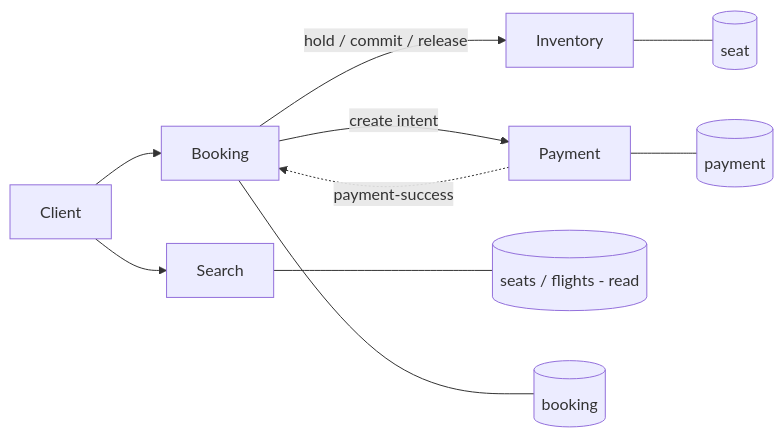
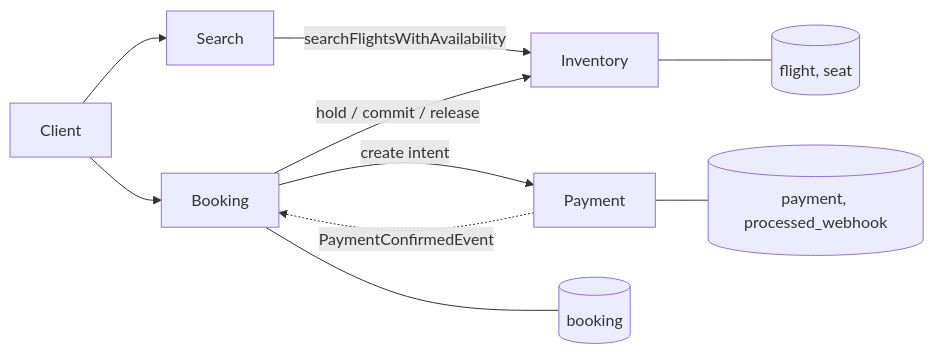
Before and after one commit to ayushmcodes/flightSystem: the first of 3 diagrams in main/design.md, drawn with Mermaid. The commit also changed other lines of this file and 8 other files, not shown here.

Commit message:
added mock payment webhook

````diff
--- a/main/design.md
+++ b/main/design.md
@@ -26,12 +27,12 @@
 ```mermaid
 flowchart LR
   C[Client] --> B[Booking]
   C --> S[Search]
-  B -->|hold / commit / release| I[Inventory]
+  S -->|searchFlightsWithAvailability| I[Inventory]
+  B -->|hold / commit / release| I
   B -->|create intent| P[Payment]
-  P -.payment-success.-> B
-  S --- DBS[(seats / flights - read)]
-  I --- DBI[(seat)]
+  P -.PaymentConfirmedEvent.-> B
+  I --- DBI[(flight, seat)]
   B --- DBB[(booking)]
-  P --- DBP[(payment)]
+  P --- DBP[(payment, processed_webhook)]
 ```
````
